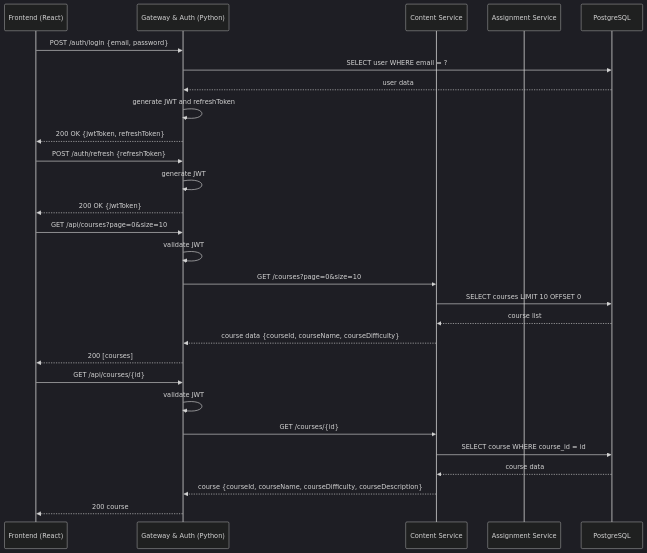
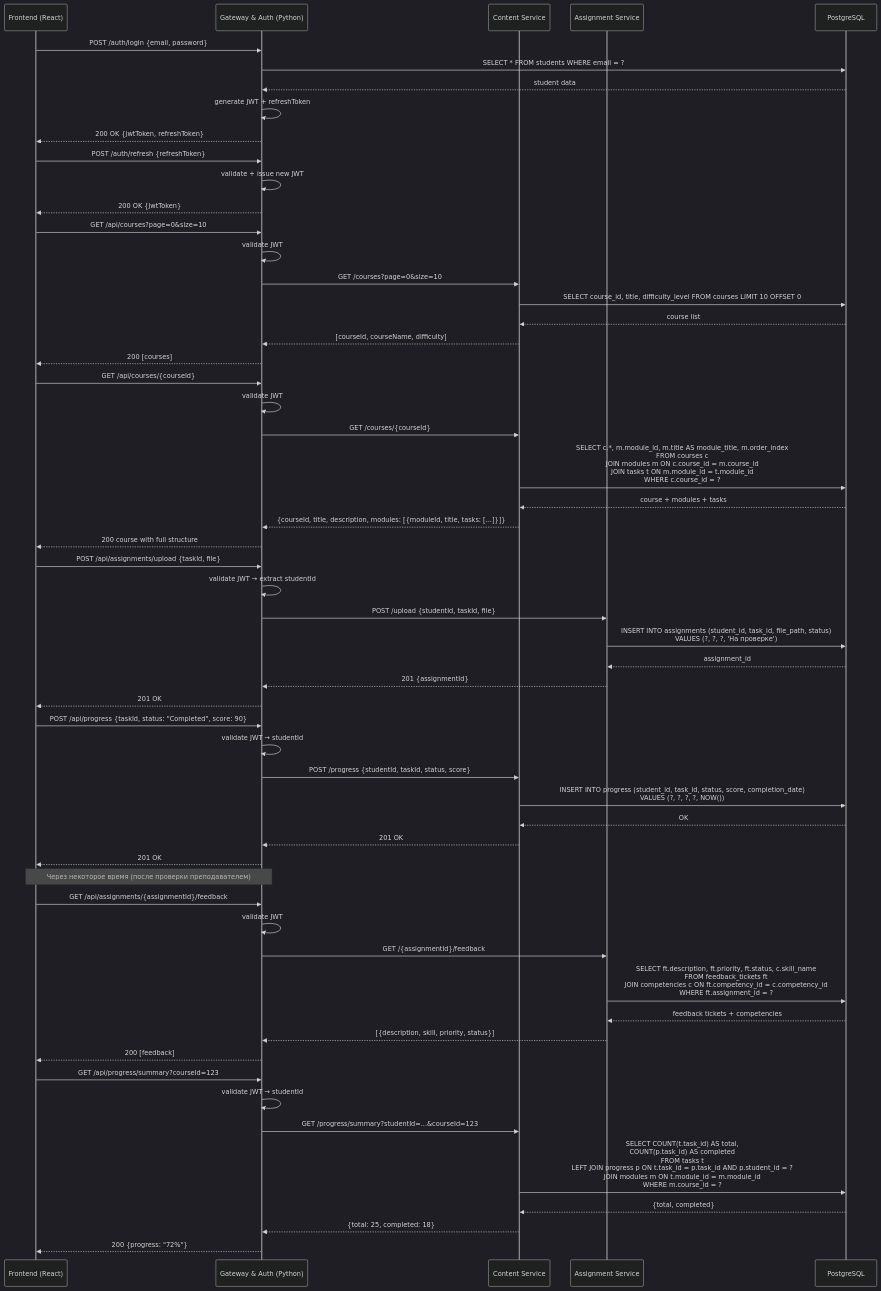
Before and after one commit to BruhWhyMeHaveNoIdea/Hack_Change: the diagram in docs/sequence.md, drawn with Mermaid (dark theme).

Commit message:
docs: basic seq

````diff
--- a/docs/sequence.md
+++ b/docs/sequence.md
@@ -10,35 +10,76 @@
 ```mermaid
 sequenceDiagram
     participant Frontend as Frontend (React)
     participant Gateway as Gateway & Auth (Python)
     participant ContentSvc as Content Service
     participant AssignmentSvc as Assignment Service
     participant DB as PostgreSQL
 
+    %% === Авторизация ===
     Frontend->>Gateway: POST /auth/login {email, password}
-    Gateway->>DB: SELECT user WHERE email = ?
-    DB-->>Gateway: user data
-    Gateway->>Gateway: generate JWT and refreshToken
+    Gateway->>DB: SELECT * FROM students WHERE email = ?
+    DB-->>Gateway: student data
+    Gateway->>Gateway: generate JWT + refreshToken
     Gateway-->>Frontend: 200 OK {jwtToken, refreshToken}
 
+    %% === Обновление токена (опционально) ===
     Frontend->>Gateway: POST /auth/refresh {refreshToken}
-    Gateway->>Gateway: generate JWT
+    Gateway->>Gateway: validate + issue new JWT
     Gateway-->>Frontend: 200 OK {jwtToken}
 
+    %% === Получение списка курсов ===
     Frontend->>Gateway: GET /api/courses?page=0&size=10
     Gateway->>Gateway: validate JWT
     Gateway->>ContentSvc: GET /courses?page=0&size=10
-    ContentSvc->>DB: SELECT courses LIMIT 10 OFFSET 0
+    ContentSvc->>DB: SELECT course_id, title, difficulty_level FROM courses LIMIT 10 OFFSET 0
     DB-->>ContentSvc: course list
-    ContentSvc-->>Gateway: course data {courseId, courseName, courseDifficulty}
+    ContentSvc-->>Gateway: [courseId, courseName, difficulty]
     Gateway-->>Frontend: 200 [courses]
 
+    %% === Получение деталей курса + модулей + заданий ===
+    Frontend->>Gateway: GET /api/courses/{courseId}
+    Gateway->>Gateway: validate JWT
+    Gateway->>ContentSvc: GET /courses/{courseId}
+    ContentSvc->>DB: SELECT c.*, m.module_id, m.title AS module_title, m.order_index<br/>FROM courses c<br/>JOIN modules m ON c.course_id = m.course_id<br/>JOIN tasks t ON m.module_id = t.module_id<br/>WHERE c.course_id = ?
+    DB-->>ContentSvc: course + modules + tasks
+    ContentSvc-->>Gateway: {courseId, title, description, modules: [{moduleId, title, tasks: [...]}]}
+    Gateway-->>Frontend: 200 course with full structure
 
-    Frontend->>Gateway: GET /api/courses/{id}
+    %% === Загрузка домашнего задания (тип Assignment) ===
+    Frontend->>Gateway: POST /api/assignments/upload {taskId, file}
+    Gateway->>Gateway: validate JWT → extract studentId
+    Gateway->>AssignmentSvc: POST /upload {studentId, taskId, file}
+    AssignmentSvc->>DB: INSERT INTO assignments (student_id, task_id, file_path, status)<br/>VALUES (?, ?, ?, 'На проверке')
+    DB-->>AssignmentSvc: assignment_id
+    AssignmentSvc-->>Gateway: 201 {assignmentId}
+    Gateway-->>Frontend: 201 OK
+
+    %% === Обновление прогресса (например, после выполнения Quiz/Video) ===
+    Frontend->>Gateway: POST /api/progress {taskId, status: "Completed", score: 90}
+    Gateway->>Gateway: validate JWT → studentId
+    Gateway->>ContentSvc: POST /progress {studentId, taskId, status, score}
+    ContentSvc->>DB: INSERT INTO progress (student_id, task_id, status, score, completion_date)<br/>VALUES (?, ?, ?, ?, NOW())
+    DB-->>ContentSvc: OK
+    ContentSvc-->>Gateway: 201 OK
+    Gateway-->>Frontend: 201 OK
+
+    %% === Получение обратной связи по заданию (через assignmentId) ===
+    Note over Frontend,Gateway: Через некоторое время (после проверки преподавателем)
+
+    Frontend->>Gateway: GET /api/assignments/{assignmentId}/feedback
     Gateway->>Gateway: validate JWT
-    Gateway->>ContentSvc: GET /courses/{id}
-    ContentSvc->>DB: SELECT course WHERE course_id = id 
-    DB-->>ContentSvc: course data
-    ContentSvc-->>Gateway: course {courseId, courseName, courseDifficulty, courseDescription}
-    Gateway-->>Frontend: 200 course
+    Gateway->>AssignmentSvc: GET /{assignmentId}/feedback
+    AssignmentSvc->>DB: SELECT ft.description, ft.priority, ft.status, c.skill_name<br/>FROM feedback_tickets ft<br/>JOIN competencies c ON ft.competency_id = c.competency_id<br/>WHERE ft.assignment_id = ?
+    DB-->>AssignmentSvc: feedback tickets + competencies
+    AssignmentSvc-->>Gateway: [{description, skill, priority, status}]
+    Gateway-->>Frontend: 200 [feedback]
+
+    %% === Просмотр общей статистики (опционально — шкала прогресса) ===
+    Frontend->>Gateway: GET /api/progress/summary?courseId=123
+    Gateway->>Gateway: validate JWT → studentId
+    Gateway->>ContentSvc: GET /progress/summary?studentId=...&courseId=123
+    ContentSvc->>DB: SELECT COUNT(t.task_id) AS total,<br/>COUNT(p.task_id) AS completed<br/>FROM tasks t<br/>LEFT JOIN progress p ON t.task_id = p.task_id AND p.student_id = ?<br/>JOIN modules m ON t.module_id = m.module_id<br/>WHERE m.course_id = ?
+    DB-->>ContentSvc: {total, completed}
+    ContentSvc-->>Gateway: {total: 25, completed: 18}
+    Gateway-->>Frontend: 200 {progress: "72%"}
 ```
````
